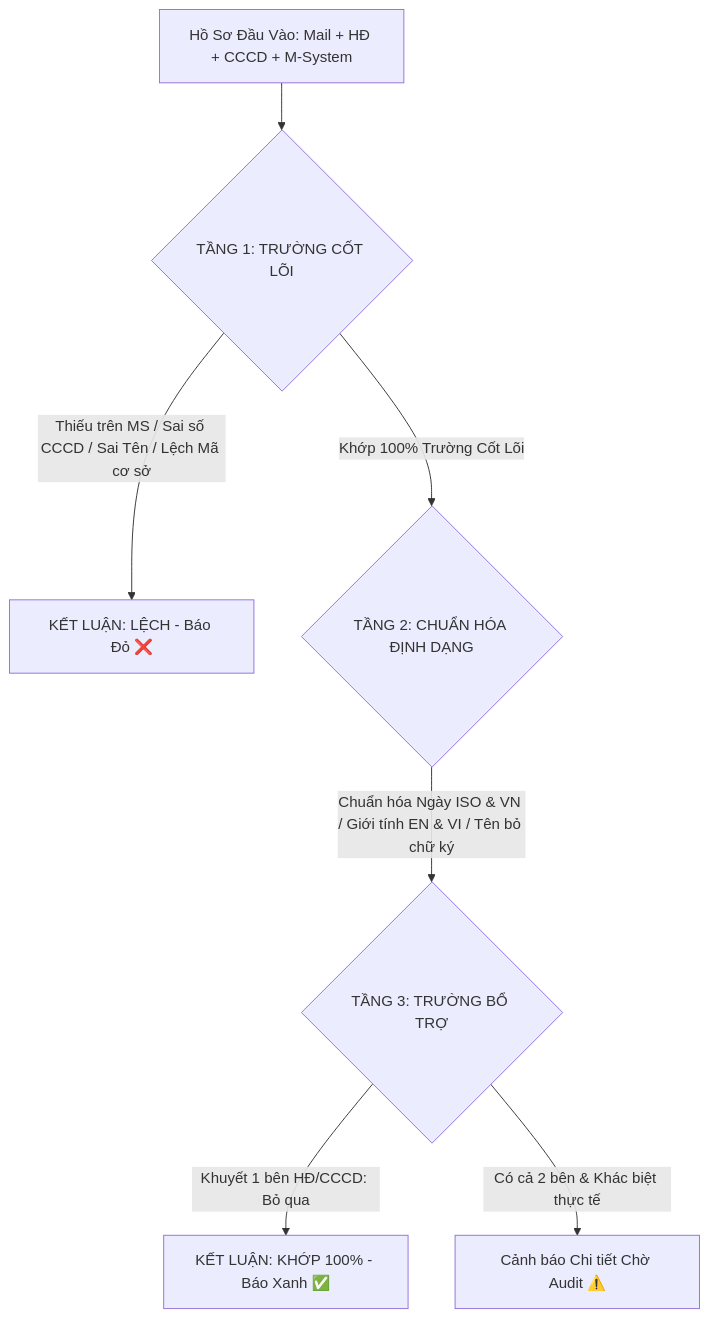
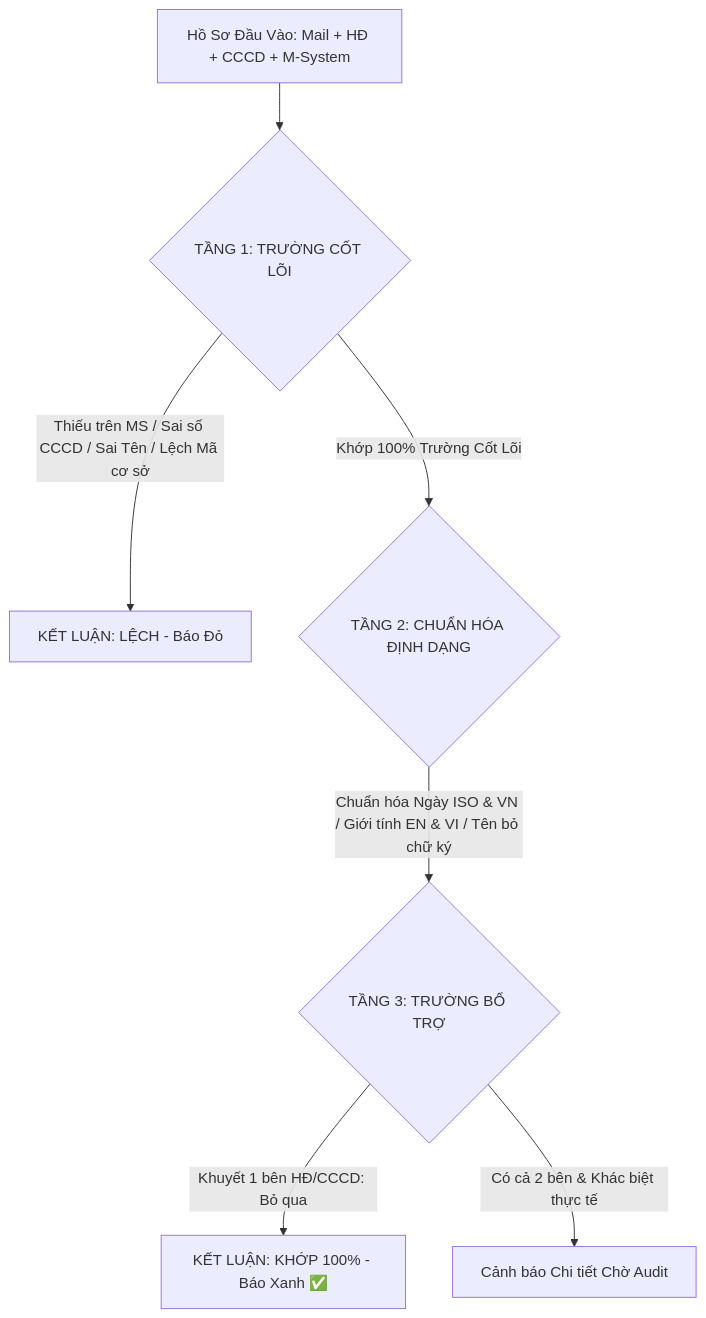
The diagram in docs/BAO_CAO_DANH_GIA_LOGIC_TKGD_VA_KHUYEN_NGHI.md (broly1009a/mxv-shift-checklist), drawn with Mermaid before and after one commit. The commit also changed 170 other files, not shown here.

````diff
--- a/docs/BAO_CAO_DANH_GIA_LOGIC_TKGD_VA_KHUYEN_NGHI.md
+++ b/docs/BAO_CAO_DANH_GIA_LOGIC_TKGD_VA_KHUYEN_NGHI.md
@@ -29,9 +29,9 @@
 ```mermaid
 graph TD
     A[Hồ Sơ Đầu Vào: Mail + HĐ + CCCD + M-System] --> B{TẦNG 1: TRƯỜNG CỐT LÕI}
-    B -- Thiếu trên MS / Sai số CCCD / Sai Tên / Lệch Mã cơ sở --> C[KẾT LUẬN: LỆCH - Báo Đỏ ❌]
+    B -- Thiếu trên MS / Sai số CCCD / Sai Tên / Lệch Mã cơ sở --> C[KẾT LUẬN: LỆCH - Báo Đỏ ]
     B -- Khớp 100% Trường Cốt Lõi --> D{TẦNG 2: CHUẨN HÓA ĐỊNH DẠNG}
     D -- Chuẩn hóa Ngày ISO & VN / Giới tính EN & VI / Tên bỏ chữ ký --> E{TẦNG 3: TRƯỜNG BỔ TRỢ}
     E -- Khuyết 1 bên HĐ/CCCD: Bỏ qua --> F[KẾT LUẬN: KHỚP 100% - Báo Xanh ✅]
-    E -- Có cả 2 bên & Khác biệt thực tế --> G[Cảnh báo Chi tiết Chờ Audit ⚠️]
+    E -- Có cả 2 bên & Khác biệt thực tế --> G[Cảnh báo Chi tiết Chờ Audit ]
 ```
````
